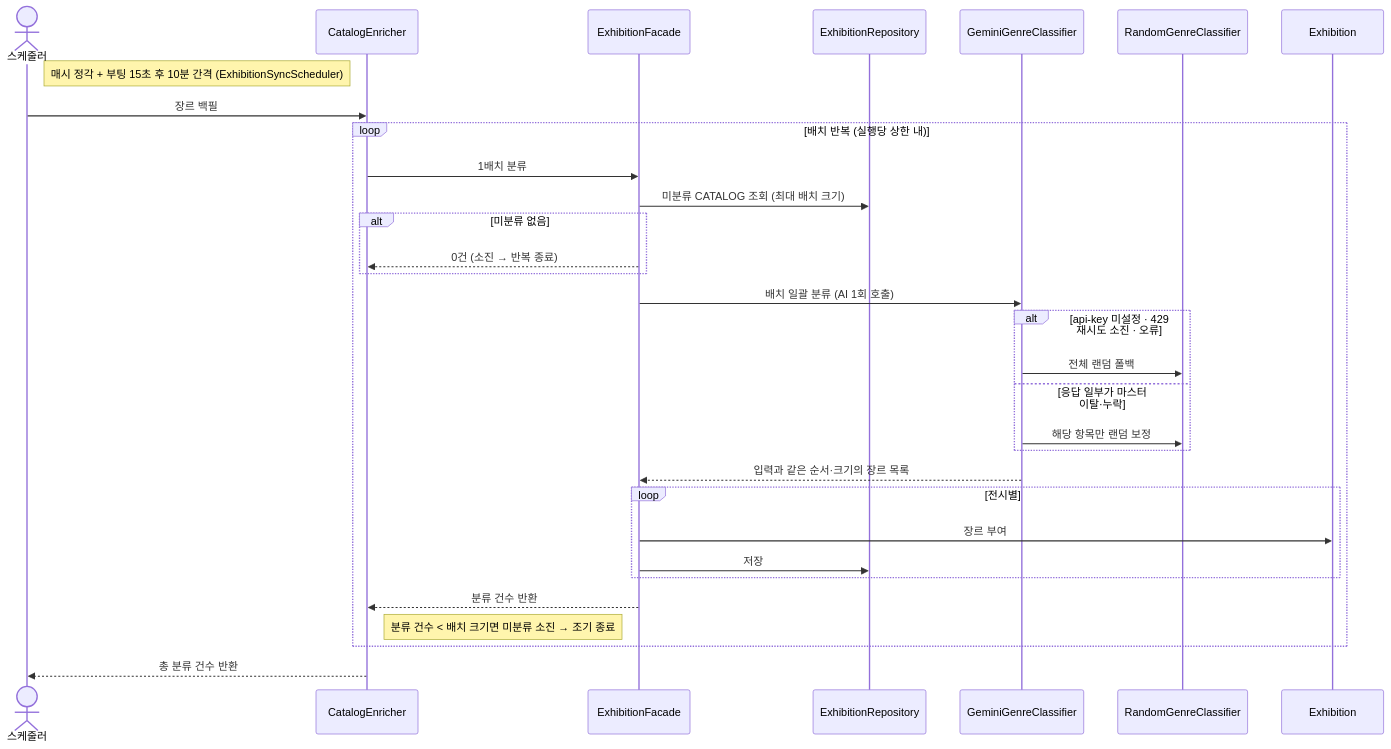
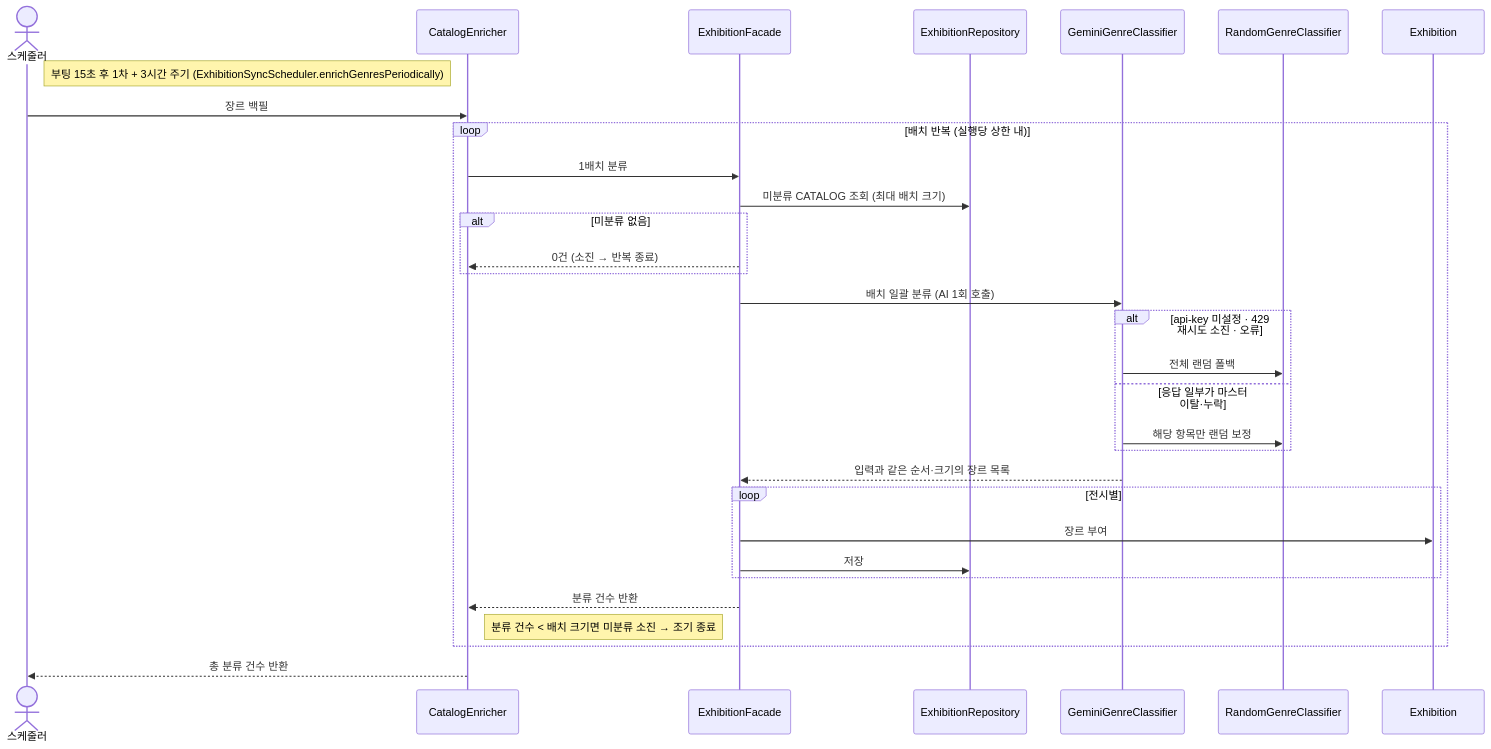
One commit to team-modi/yeowun-backend changed the diagram in docs/sequence-diagram/exhibition/06-장르-백필.md. Above: the diagram before and after it, drawn with Mermaid. The commit also changed other lines of this file and 4 other files, not shown here.

````diff
--- a/docs/sequence-diagram/exhibition/06-장르-백필.md
+++ b/docs/sequence-diagram/exhibition/06-장르-백필.md
@@ -10,39 +10,39 @@
 ```mermaid
 sequenceDiagram
     actor 스케줄러
     participant CatalogEnricher
     participant ExhibitionFacade
     participant ExhibitionRepository
     participant GeminiGenreClassifier
     participant RandomGenreClassifier
     participant Exhibition
 
-    Note right of 스케줄러: 매시 정각 + 부팅 15초 후 10분 간격 (ExhibitionSyncScheduler)
+    Note right of 스케줄러: 부팅 15초 후 1차 + 3시간 주기 (ExhibitionSyncScheduler.enrichGenresPeriodically)
 
     스케줄러->>CatalogEnricher: 장르 백필
 
     loop 배치 반복 (실행당 상한 내)
         CatalogEnricher->>ExhibitionFacade: 1배치 분류
         ExhibitionFacade->>ExhibitionRepository: 미분류 CATALOG 조회 (최대 배치 크기)
         alt 미분류 없음
             ExhibitionFacade-->>CatalogEnricher: 0건 (소진 → 반복 종료)
         end
 
         ExhibitionFacade->>GeminiGenreClassifier: 배치 일괄 분류 (AI 1회 호출)
         alt api-key 미설정 · 429 재시도 소진 · 오류
             GeminiGenreClassifier->>RandomGenreClassifier: 전체 랜덤 폴백
         else 응답 일부가 마스터 이탈·누락
             GeminiGenreClassifier->>RandomGenreClassifier: 해당 항목만 랜덤 보정
         end
         GeminiGenreClassifier-->>ExhibitionFacade: 입력과 같은 순서·크기의 장르 목록
 
         loop 전시별
             ExhibitionFacade->>Exhibition: 장르 부여
             ExhibitionFacade->>ExhibitionRepository: 저장
         end
         ExhibitionFacade-->>CatalogEnricher: 분류 건수 반환
         Note right of CatalogEnricher: 분류 건수 < 배치 크기면 미분류 소진 → 조기 종료
     end
 
     CatalogEnricher-->>스케줄러: 총 분류 건수 반환
 ```
````
